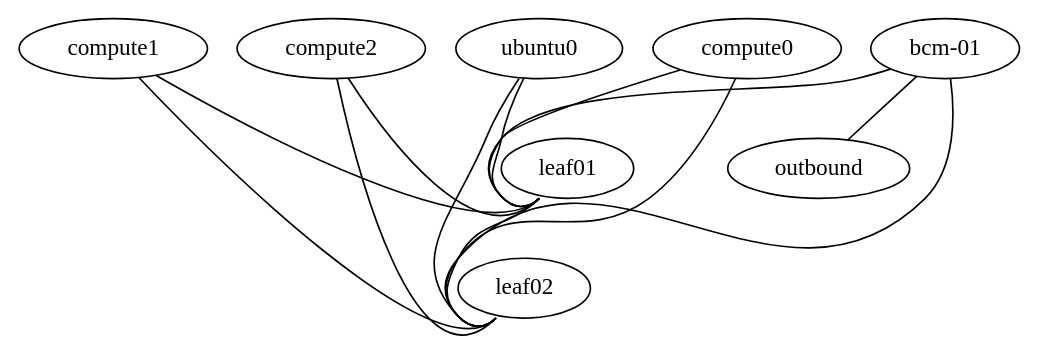
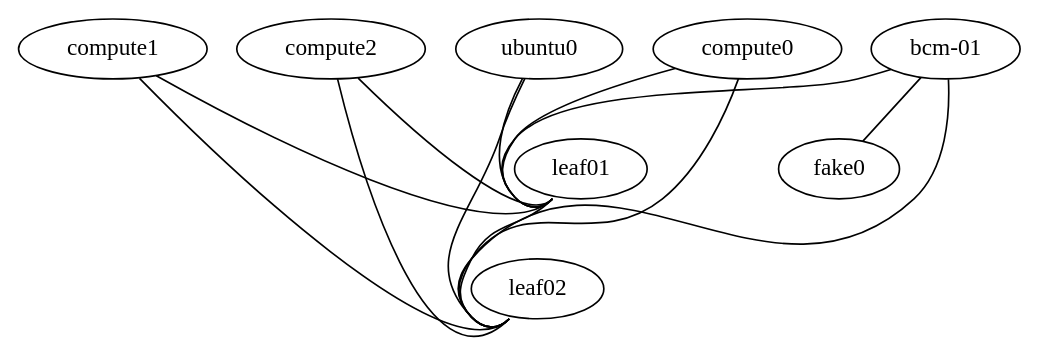
The diagram in topologies/test-bcm.dot (twilson217/bcm-in-nvidia-air), drawn with Graphviz before and after one commit. The commit also changed 1 other file, not shown here.

Commit message:
Fix outbound connection syntax for DOT format
DOT format requires a 'fake' node for outbound connections:
- Added 'fake0' node with function='fake'
- Connect bcm-01:eth0 to fake0:outbound
- Removed 'oob' parameter from API call (not supported in DOT format)

This matches the pattern used in air-playground project.

```diff
--- a/topologies/test-bcm.dot
+++ b/topologies/test-bcm.dot
@@ -1,22 +1,23 @@
 graph "bcm-air-poc" {
   "bcm-01" [memory="8192" os="generic/ubuntu2404" cpu="4" cpu_mode="host-model" storage="200" mgmt_ip="192.168.200.254"]
   "compute0" [function="server" memory="2048" os="pxe" cpu="2" boot="network" cpu_mode="host-model" storage="20" mgmt_ip="192.168.200.14"]
   "compute1" [function="server" memory="2048" os="pxe" cpu="2" boot="network" cpu_mode="host-model" storage="20" mgmt_ip="192.168.200.15"]
   "compute2" [function="server" memory="2048" os="pxe" cpu="2" boot="network" cpu_mode="host-model" storage="20" mgmt_ip="192.168.200.16"]
   "ubuntu0" [function="server" memory="1024" os="generic/ubuntu2204" cpu="1" mgmt_ip="192.168.200.10"]
   "leaf01" [function="leaf" memory="4096" os="cumulus-vx-5.15.0" cpu="3" mgmt_ip="192.168.200.12"]
   "leaf02" [function="leaf" memory="4096" os="cumulus-vx-5.15.0" cpu="3" mgmt_ip="192.168.200.13"]
+  "fake0" [function="fake" os="generic/ubuntu2204"]
 
   "leaf01":"swp51" -- "leaf02":"swp51"
   "ubuntu0":"eth1" -- "leaf01":"swp1"
   "ubuntu0":"eth2" -- "leaf02":"swp1"
   "compute0":"eth1" -- "leaf01":"swp2"
   "compute0":"eth2" -- "leaf02":"swp2"
   "compute1":"eth1" -- "leaf01":"swp3"
   "compute1":"eth2" -- "leaf02":"swp3"
   "compute2":"eth1" -- "leaf01":"swp4"
   "compute2":"eth2" -- "leaf02":"swp4"
-  "bcm-01":"eth0" -- "outbound"
+  "bcm-01":"eth0" -- "fake0":"outbound"
   "bcm-01":"eth1" -- "leaf01":"swp5"
   "bcm-01":"eth2" -- "leaf02":"swp5"
 }
```
